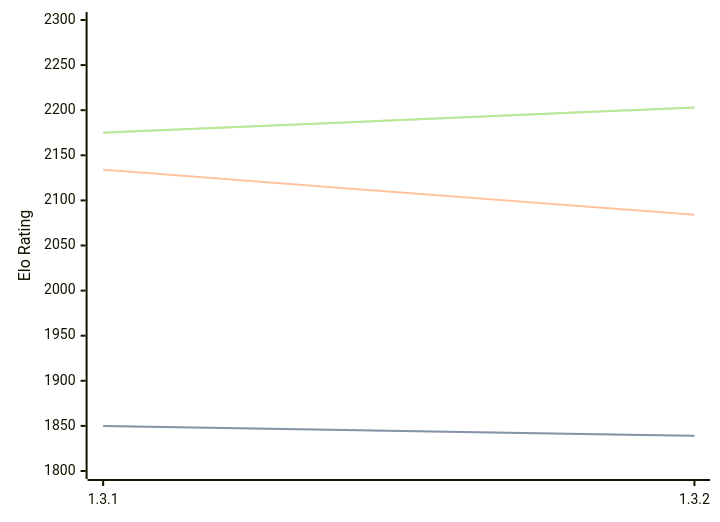
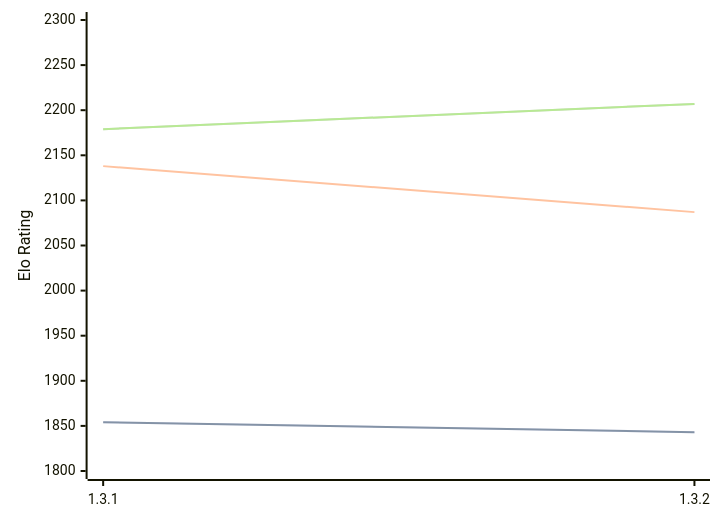
Before and after one commit to computer-chess-index/cci: the diagram in engines/Zugblitz.md, drawn with Mermaid. The commit also changed other lines of this file, not shown here.

Commit message:
Update CCI Ratings (ELO VLTC) - 2026-08-18

````diff
--- a/engines/Zugblitz.md
+++ b/engines/Zugblitz.md
@@ -32,11 +32,11 @@
 ```mermaid
 %%{init: {"theme":"base","themeVariables":{"seriesColors:['#a3a3a3','#222221','#faa371']}}}%%
 xychart-beta
   x-axis ["1.3.1", "1.3.2"]
   y-axis "Elo Rating" 1800 --> 2300
-  line "STC (8.0+0.08s)" [1850, 1839]
-  line "STC (8.0+0.08s)" [1850, 1839]
-  line "LTC (60.0+0.60s)" [2134, 2084]
-  line "VLTC (2m24s+1.12s)" [2175, 2203]
-  line "VLTC (2m24s+1.12s)" [2175, 2203]
+  line "STC (8.0+0.08s)" [1854, 1843]
+  line "STC (8.0+0.08s)" [1854, 1843]
+  line "LTC (60.0+0.60s)" [2138, 2087]
+  line "VLTC (2m24s+1.12s)" [2179, 2207]
+  line "VLTC (2m24s+1.12s)" [2179, 2207]
 ```
````
